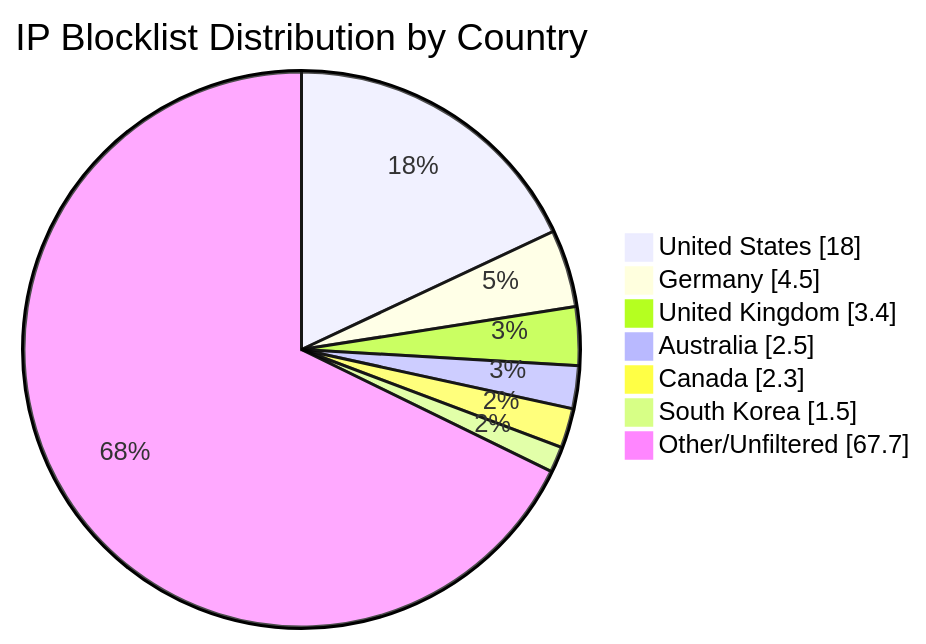
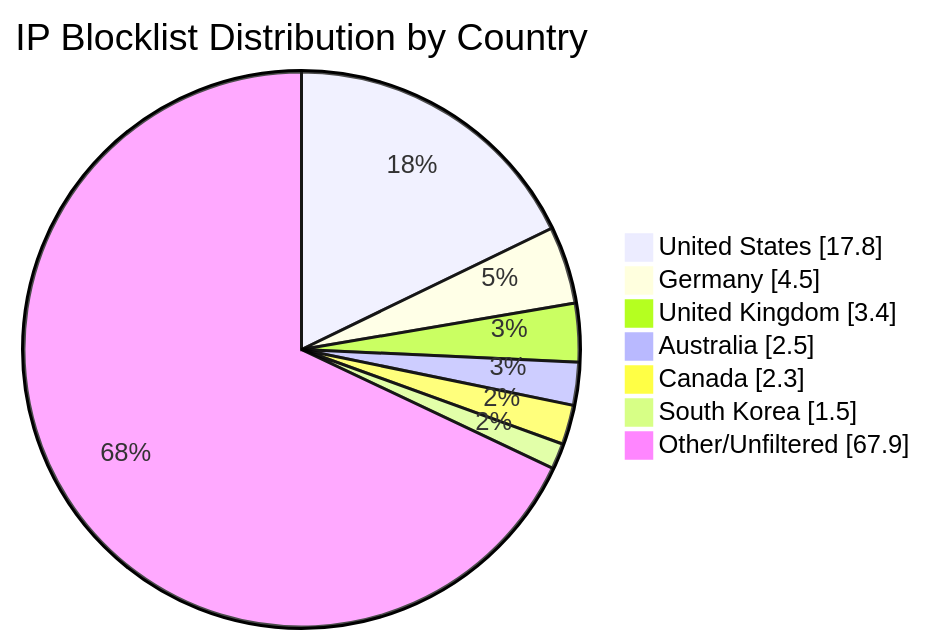
Before and after one commit to MarcusHoltz/ipblocklist-geofiltered-aggregator: the diagram in README.md, drawn with Mermaid. The commit also changed other lines of this file and 9 other files, not shown here.

````diff
--- a/README.md
+++ b/README.md
@@ -34,10 +34,10 @@
 ```mermaid
 pie showData title IP Blocklist Distribution by Country
-"United States" : 18.0
+"United States" : 17.8
 "Germany" : 4.5
 "United Kingdom" : 3.4
 "Australia" : 2.5
 "Canada" : 2.3
 "South Korea" : 1.5
-"Other/Unfiltered" : 67.7
+"Other/Unfiltered" : 67.9
 ```
````
